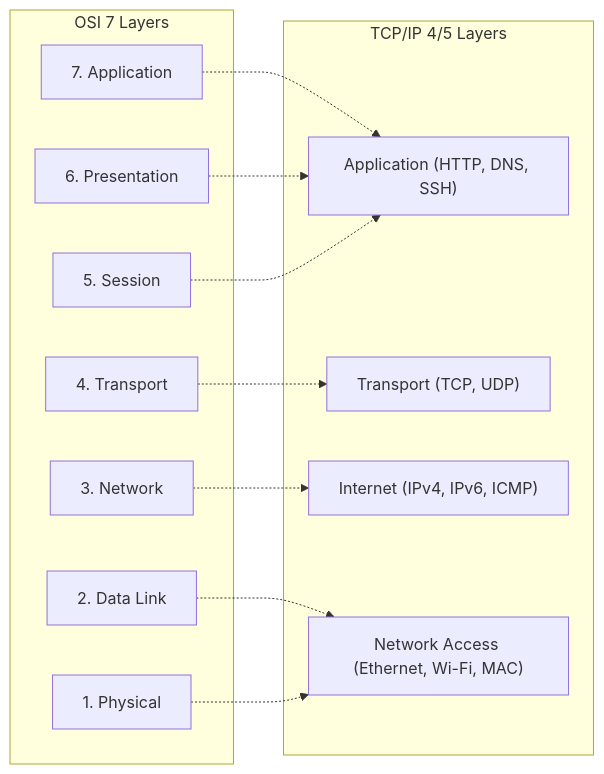
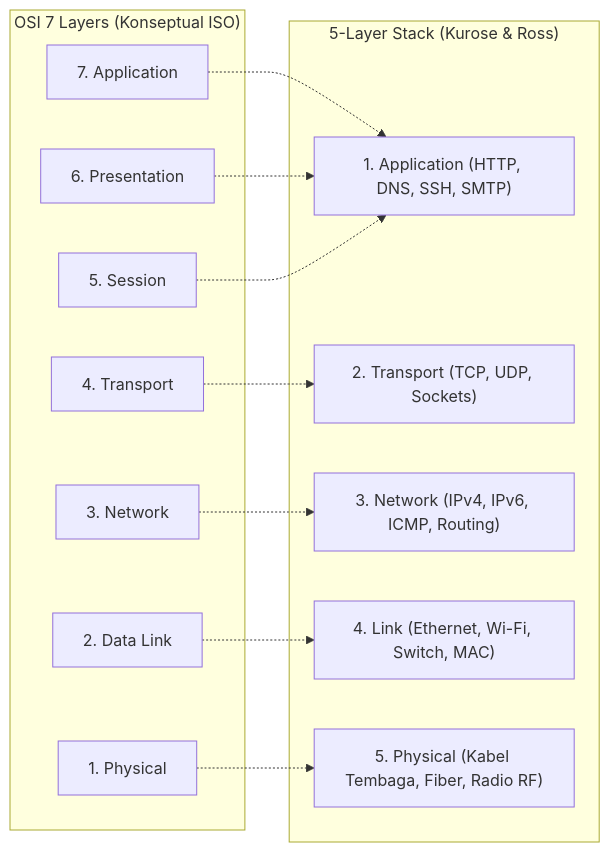
Before and after one commit to Fizhkan/FizhWiki: the first of 2 diagrams in src/content/docs/networking/01-osi-tcp-ip-model.md, drawn with Mermaid. The commit also changed other lines of this file and 4 other files, not shown here.

Commit message:
feat: remove terminal preview, simplify subnetting notation, and integrate Kurose & Ross reference

````diff
--- a/src/content/docs/networking/01-osi-tcp-ip-model.md
+++ b/src/content/docs/networking/01-osi-tcp-ip-model.md
@@ -12,27 +16,28 @@
 ```mermaid
 graph LR
-    subgraph OSI_Model["OSI 7 Layers"]
+    subgraph OSI_Model["OSI 7 Layers (Konseptual ISO)"]
         L7["7. Application"]
         L6["6. Presentation"]
         L5["5. Session"]
         L4["4. Transport"]
         L3["3. Network"]
         L2["2. Data Link"]
         L1["1. Physical"]
     end
 
-    subgraph TCPIP_Model["TCP/IP 4/5 Layers"]
-        T4["Application (HTTP, DNS, SSH)"]
-        T3["Transport (TCP, UDP)"]
-        T2["Internet (IPv4, IPv6, ICMP)"]
-        T1["Network Access (Ethernet, Wi-Fi, MAC)"]
+    subgraph Internet_Model["5-Layer Stack (Kurose & Ross)"]
+        T5["1. Application (HTTP, DNS, SSH, SMTP)"]
+        T4["2. Transport (TCP, UDP, Sockets)"]
+        T3["3. Network (IPv4, IPv6, ICMP, Routing)"]
+        T2["4. Link (Ethernet, Wi-Fi, Switch, MAC)"]
+        T1["5. Physical (Kabel Tembaga, Fiber, Radio RF)"]
     end
 
-    L7 -.-> T4
-    L6 -.-> T4
-    L5 -.-> T4
-    L4 -.-> T3
-    L3 -.-> T2
-    L2 -.-> T1
+    L7 -.-> T5
+    L6 -.-> T5
+    L5 -.-> T5
+    L4 -.-> T4
+    L3 -.-> T3
+    L2 -.-> T2
     L1 -.-> T1
 ```
````
